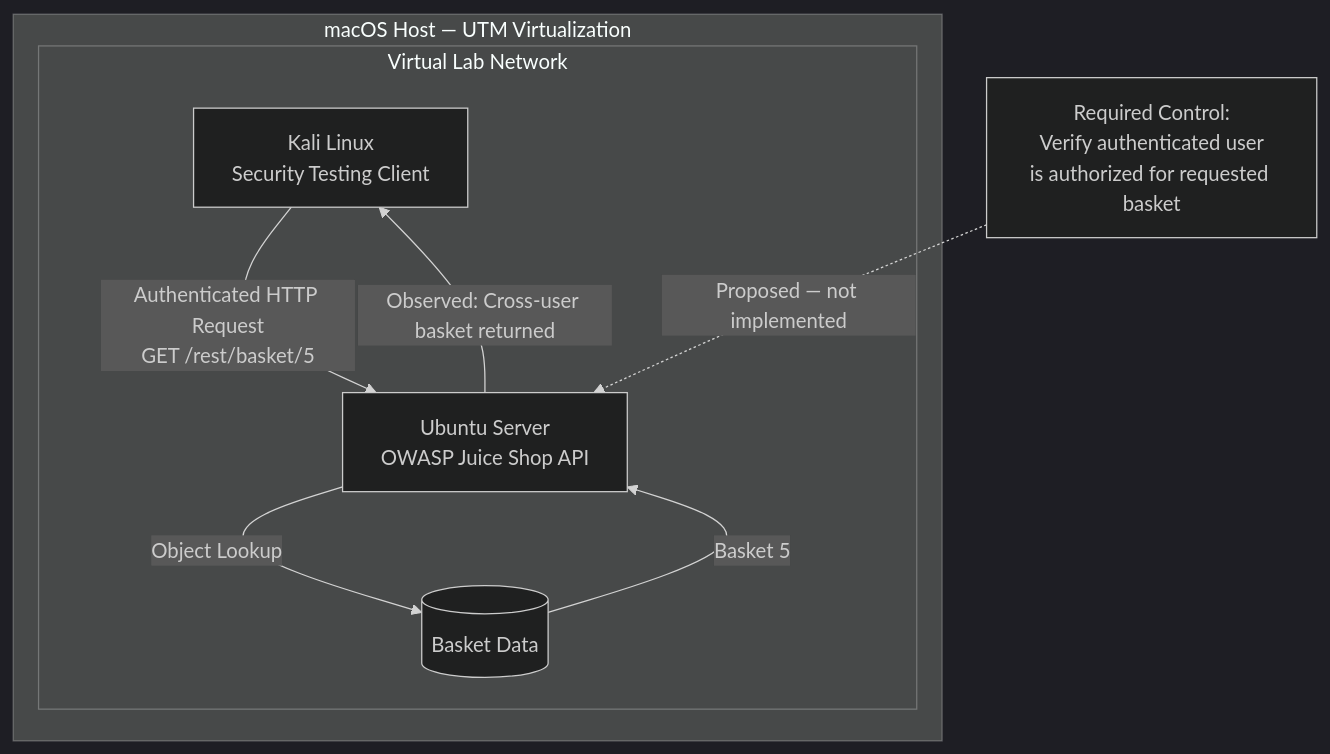
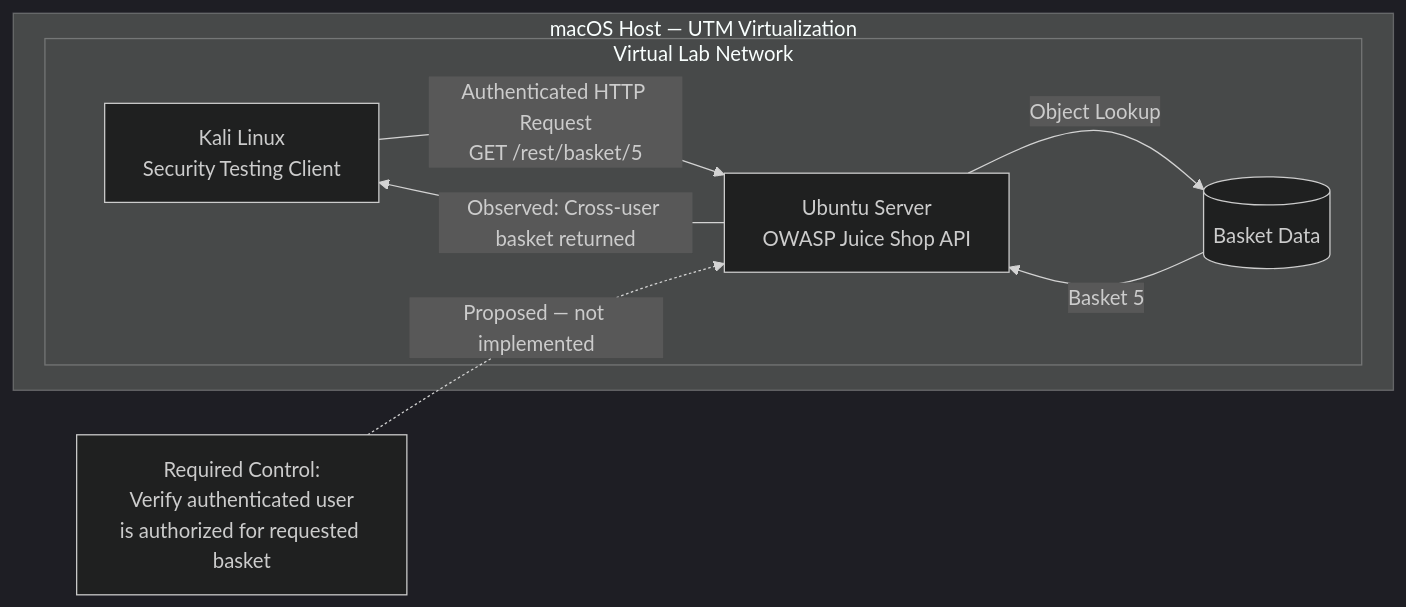
The diagram in evidence/documentation/architecture.md (jupiter888/web-authorization-threat-lab), drawn with Mermaid (dark theme) before and after one commit.

Commit message:
Improve architecture diagram layout

````diff
--- a/evidence/documentation/architecture.md
+++ b/evidence/documentation/architecture.md
@@ -160,18 +160,18 @@
 ```mermaid
-flowchart TD
+flowchart LR
     subgraph HOST["macOS Host — UTM Virtualization"]
         subgraph LAB["Virtual Lab Network"]
             K["Kali Linux<br/>Security Testing Client"]
             J["Ubuntu Server<br/>OWASP Juice Shop API"]
             D[("Basket Data")]
         end
     end
 
     K -->|"Authenticated HTTP Request<br/>GET /rest/basket/5"| J
     J -->|"Object Lookup"| D
     D -->|"Basket 5"| J
     J -->|"Observed: Cross-user basket returned"| K
 
     A["Required Control:<br/>Verify authenticated user<br/>is authorized for requested basket"]
     A -.->|"Proposed — not implemented"| J
 ```
````
